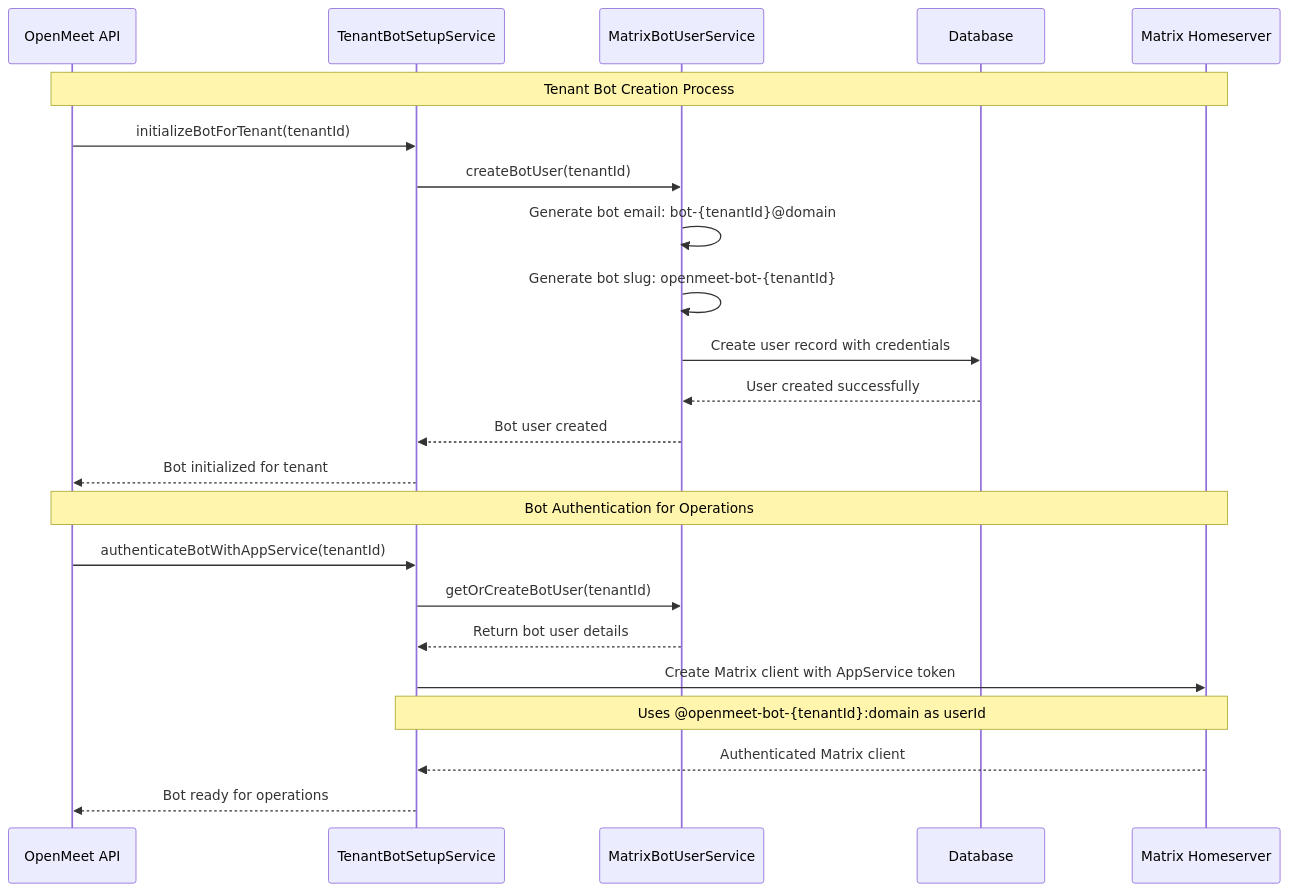
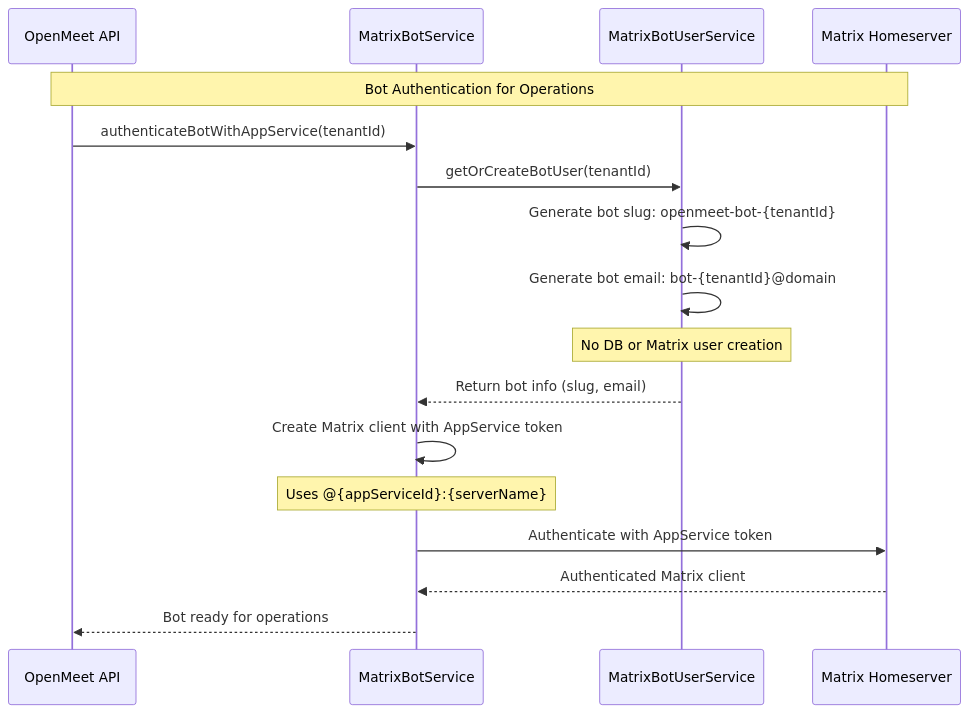
Before and after one commit to OpenMeet-Team/openmeet-api: the first of 4 diagrams in design-notes/matrix/matrix-bot-architecture.md, drawn with Mermaid. The commit also changed other lines of this file and 16 other files, not shown here.

````diff
--- a/design-notes/matrix/matrix-bot-architecture.md
+++ b/design-notes/matrix/matrix-bot-architecture.md
@@ -43,32 +44,25 @@
 ```mermaid
 sequenceDiagram
     participant API as OpenMeet API
-    participant TBS as TenantBotSetupService
+    participant MBS as MatrixBotService
     participant MBUS as MatrixBotUserService
-    participant DB as Database
     participant MHS as Matrix Homeserver
 
-    Note over API,MHS: Tenant Bot Creation Process
-    
-    API->>TBS: initializeBotForTenant(tenantId)
-    TBS->>MBUS: createBotUser(tenantId)
-    
+    Note over API,MHS: Bot Authentication for Operations
+
+    API->>MBS: authenticateBotWithAppService(tenantId)
+    MBS->>MBUS: getOrCreateBotUser(tenantId)
+
+    MBUS->>MBUS: Generate bot slug: openmeet-bot-{tenantId}
     MBUS->>MBUS: Generate bot email: bot-{tenantId}@domain
-    MBUS->>MBUS: Generate bot slug: openmeet-bot-{tenantId}
-    MBUS->>DB: Create user record with credentials
-    
-    DB-->>MBUS: User created successfully
-    MBUS-->>TBS: Bot user created
-    TBS-->>API: Bot initialized for tenant
-    
-    Note over API,MHS: Bot Authentication for Operations
-    
-    API->>TBS: authenticateBotWithAppService(tenantId)
-    TBS->>MBUS: getOrCreateBotUser(tenantId)
-    MBUS-->>TBS: Return bot user details
-    
-    TBS->>MHS: Create Matrix client with AppService token
-    Note over TBS,MHS: Uses @openmeet-bot-{tenantId}:domain as userId
-    MHS-->>TBS: Authenticated Matrix client
-    TBS-->>API: Bot ready for operations
+    Note over MBUS: No DB or Matrix user creation
+
+    MBUS-->>MBS: Return bot info (slug, email)
+
+    MBS->>MBS: Create Matrix client with AppService token
+    Note over MBS: Uses @{appServiceId}:{serverName}
+
+    MBS->>MHS: Authenticate with AppService token
+    MHS-->>MBS: Authenticated Matrix client
+    MBS-->>API: Bot ready for operations
 ```
````
